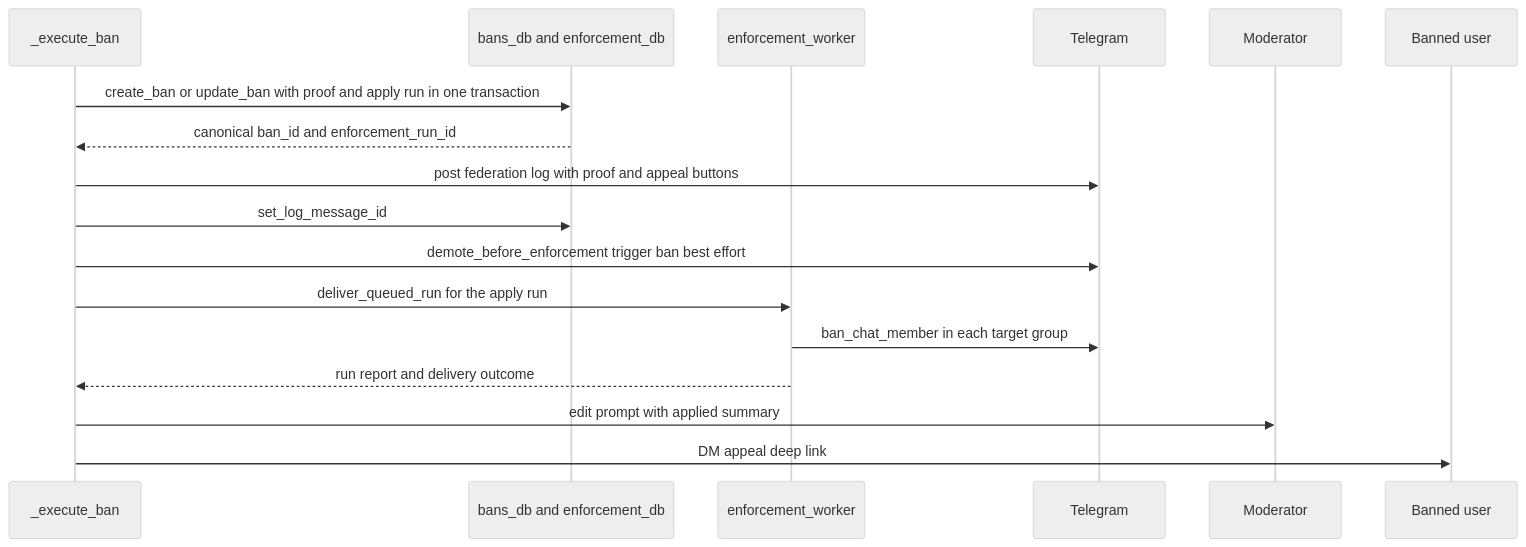
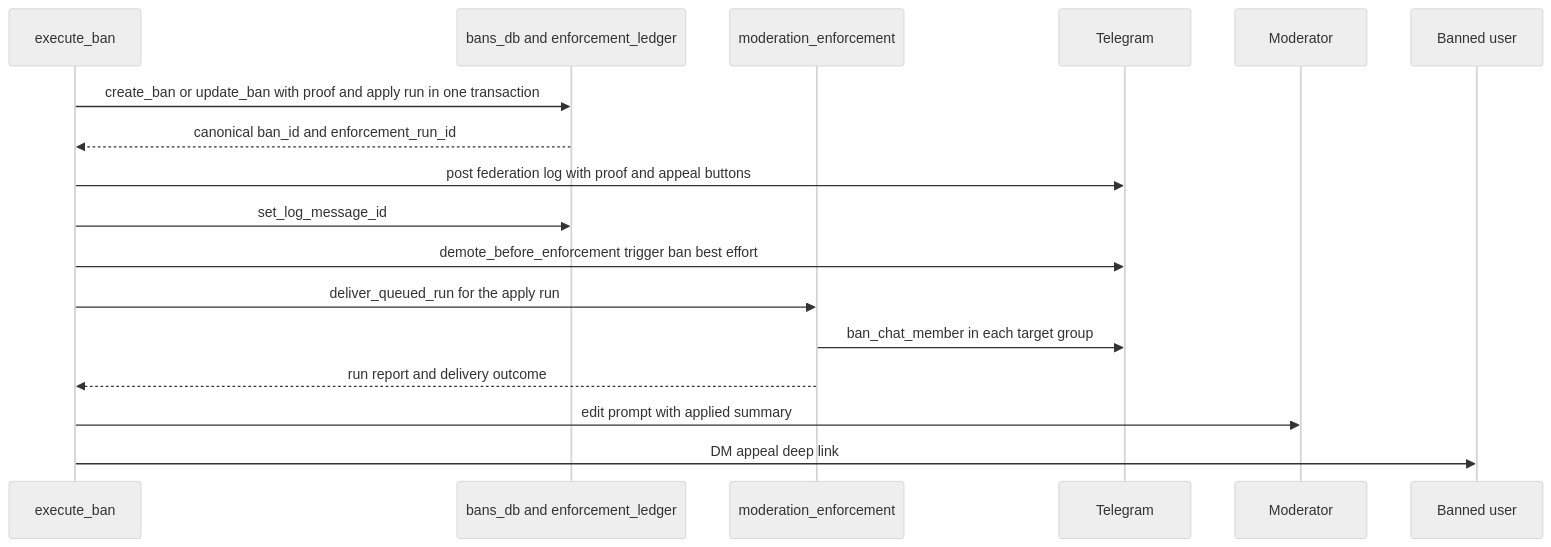
One commit to D1ZZY4/tcbot changed the fifth of 6 diagrams in docs/flows/banning.md. Above: the diagram before and after it, drawn with Mermaid (neutral theme). The commit also changed other lines of this file and 24 other files, not shown here.

````diff
--- a/docs/flows/banning.md
+++ b/docs/flows/banning.md
@@ -177,19 +179,19 @@
 ```mermaid
 sequenceDiagram
-    participant Flow as _execute_ban
-    participant DB as bans_db and enforcement_db
-    participant Work as enforcement_worker
+    participant Flow as execute_ban
+    participant DB as bans_db and enforcement_ledger
+    participant Work as moderation_enforcement
     participant Bot as Telegram
     participant Mod as Moderator
     participant Target as Banned user
     Flow->>DB: create_ban or update_ban with proof and apply run in one transaction
     DB-->>Flow: canonical ban_id and enforcement_run_id
     Flow->>Bot: post federation log with proof and appeal buttons
     Flow->>DB: set_log_message_id
     Flow->>Bot: demote_before_enforcement trigger ban best effort
     Flow->>Work: deliver_queued_run for the apply run
     Work->>Bot: ban_chat_member in each target group
     Work-->>Flow: run report and delivery outcome
     Flow->>Mod: edit prompt with applied summary
     Flow->>Target: DM appeal deep link
 ```
````
